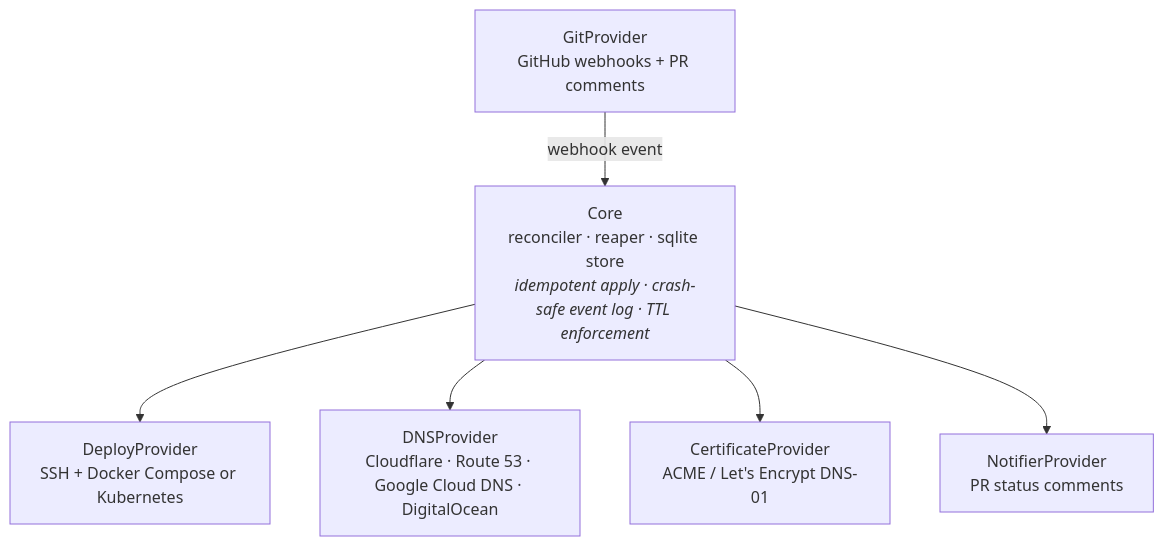
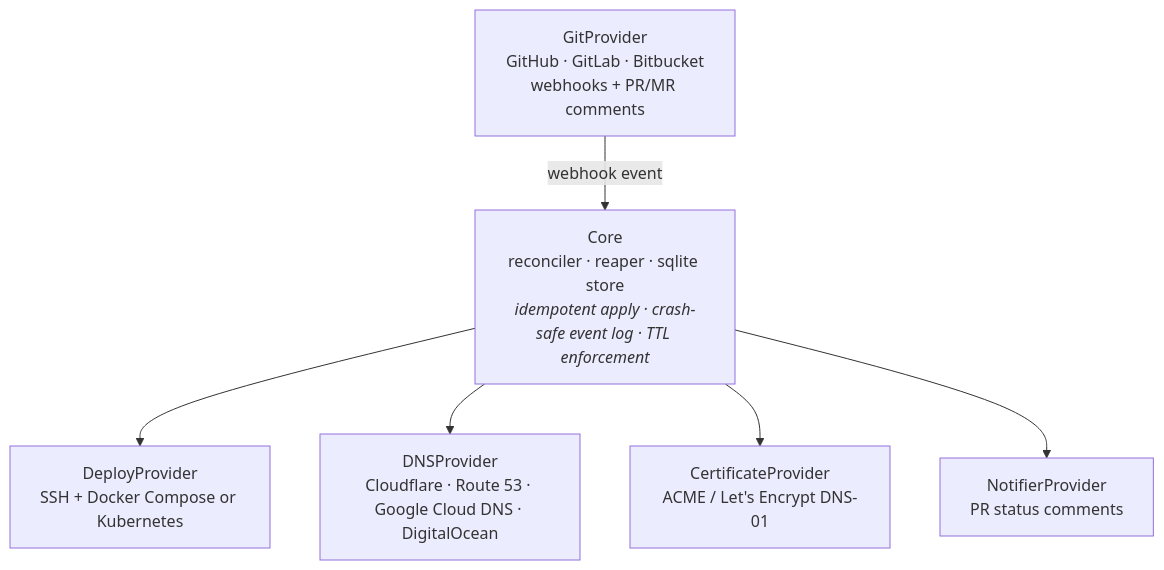
The first of 2 diagrams in README.md (khanalsaroj/ramify), drawn with Mermaid before and after one commit. The commit also changed other lines of this file and 19 other files, not shown here.

````diff
--- a/README.md
+++ b/README.md
@@ -92,15 +93,15 @@
 ```mermaid
 flowchart TB
     Core["Core<br/>reconciler · reaper · sqlite store<br/><i>idempotent apply · crash-safe event log · TTL enforcement</i>"]
-    GH["GitProvider<br/>GitHub webhooks + PR comments"]
+    GH["GitProvider<br/>GitHub · GitLab · Bitbucket<br/>webhooks + PR/MR comments"]
     DP["DeployProvider<br/>SSH + Docker Compose or Kubernetes"]
     DNS["DNSProvider<br/>Cloudflare · Route 53 · Google Cloud DNS · DigitalOcean"]
     CERT["CertificateProvider<br/>ACME / Let's Encrypt DNS-01"]
     NOT["NotifierProvider<br/>PR status comments"]
 
     GH -- "webhook event" --> Core
     Core --> DP
     Core --> DNS
     Core --> CERT
     Core --> NOT
 ```
````
